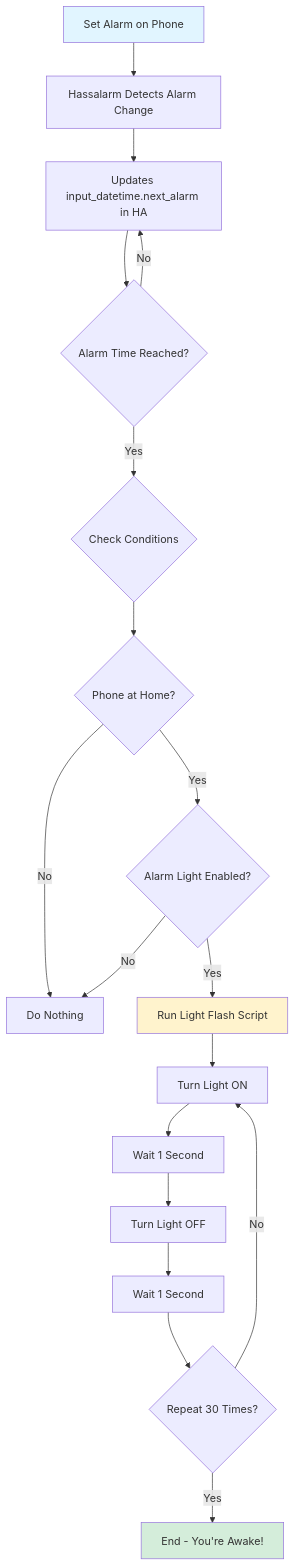
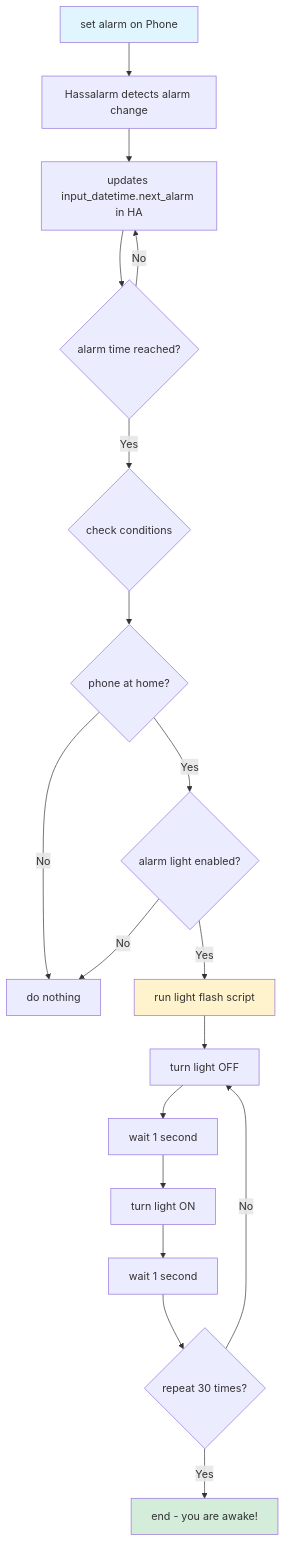
Before and after one commit to om1d3/hassalarm-wakeup-light: the diagram in README.md, drawn with Mermaid. The commit also changed other lines of this file, not shown here.

Commit message:
switched the light ON and OFF to OFF and ON so the lights remains on after flashing. also removed the uppercase letters from README.md

````diff
--- a/README.md
+++ b/README.md
@@ -272,24 +276,24 @@
 ```mermaid
 graph TD
-    A[Set Alarm on Phone] --> B[Hassalarm Detects Alarm Change]
-    B --> C[Updates input_datetime.next_alarm in HA]
-    C --> D{Alarm Time Reached?}
+    A[set alarm on Phone] --> B[Hassalarm detects alarm change]
+    B --> C[updates input_datetime.next_alarm in HA]
+    C --> D{alarm time reached?}
     D -->|No| C
-    D -->|Yes| E{Check Conditions}
-    E --> F{Phone at Home?}
-    F -->|No| G[Do Nothing]
-    F -->|Yes| H{Alarm Light Enabled?}
+    D -->|Yes| E{check conditions}
+    E --> F{phone at home?}
+    F -->|No| G[do nothing]
+    F -->|Yes| H{alarm light enabled?}
     H -->|No| G
-    H -->|Yes| I[Run Light Flash Script]
-    I --> J[Turn Light ON]
-    J --> K[Wait 1 Second]
-    K --> L[Turn Light OFF]
-    L --> M[Wait 1 Second]
-    M --> N{Repeat 30 Times?}
+    H -->|Yes| I[run light flash script]
+    I --> J[turn light OFF]
+    J --> K[wait 1 second]
+    K --> L[turn light ON]
+    L --> M[wait 1 second]
+    M --> N{repeat 30 times?}
     N -->|No| J
-    N -->|Yes| O[End - You're Awake!]
+    N -->|Yes| O[end - you are awake!]
     
     style A fill:#e1f5ff
     style I fill:#fff3cd
     style O fill:#d4edda
 ```
````
